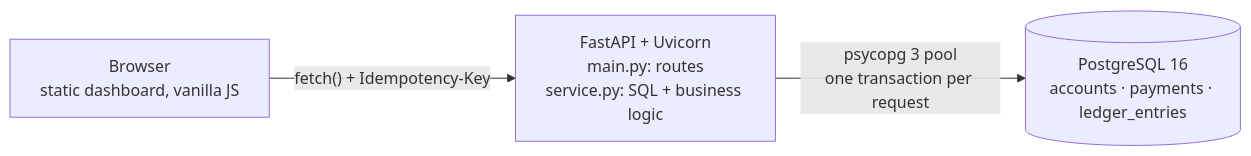
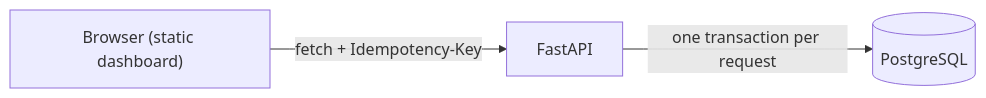
The diagram in README.md (shrivatsak/payments-ledger), drawn with Mermaid before and after one commit. The commit also changed other lines of this file, not shown here.

````diff
--- a/README.md
+++ b/README.md
@@ -9,8 +11,5 @@
 ```mermaid
 flowchart LR
-    B["Browser<br/>static dashboard, vanilla JS"]
-    A["FastAPI + Uvicorn<br/>main.py: routes<br/>service.py: SQL + business logic"]
-    P[("PostgreSQL 16<br/>accounts · payments · ledger_entries")]
-    B -- "fetch() + Idempotency-Key" --> A
-    A -- "psycopg 3 pool<br/>one transaction per request" --> P
+    B["Browser (static dashboard)"] -- "fetch + Idempotency-Key" --> A["FastAPI"]
+    A -- "one transaction per request" --> P[("PostgreSQL")]
 ```
````
